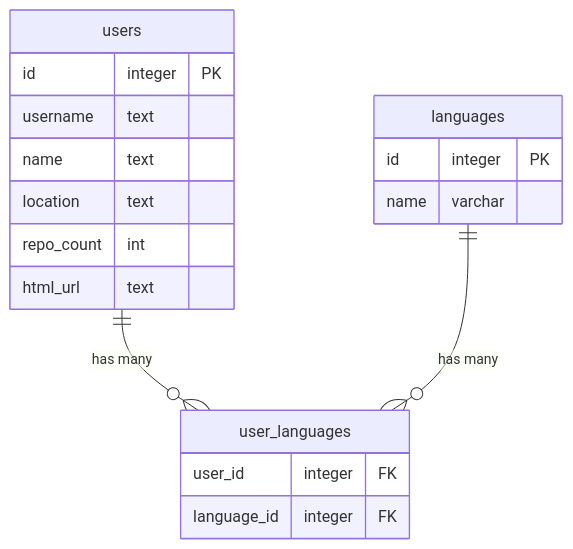
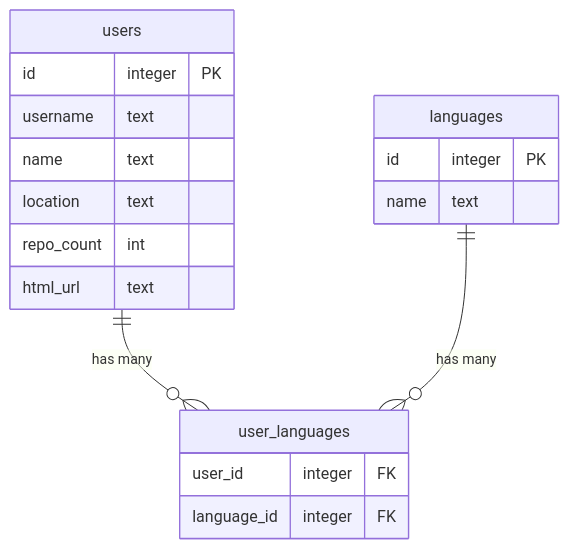
One commit to Lmalho/lovelystay-cli changed the diagram in README.md. Above: the diagram before and after it, drawn with Mermaid. The commit also changed other lines of this file and 1 other file, not shown here.

````diff
--- a/README.md
+++ b/README.md
@@ -70,24 +77,24 @@
 ```mermaid
 erDiagram
     users {
         id integer PK
         username text
         name text
         location text
         repo_count int
         html_url text
     }
 
     languages {
         id integer PK
-        name varchar
+        name text
     }
 
     user_languages {
         user_id integer FK
         language_id integer FK
     }
 
     users ||--o{ user_languages : "has many"
     languages ||--o{ user_languages : "has many"
 ```
````
